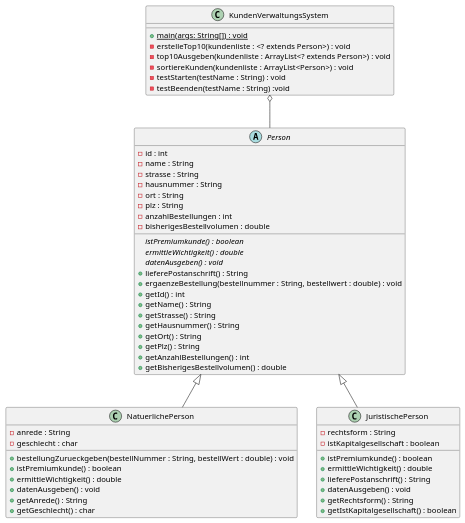
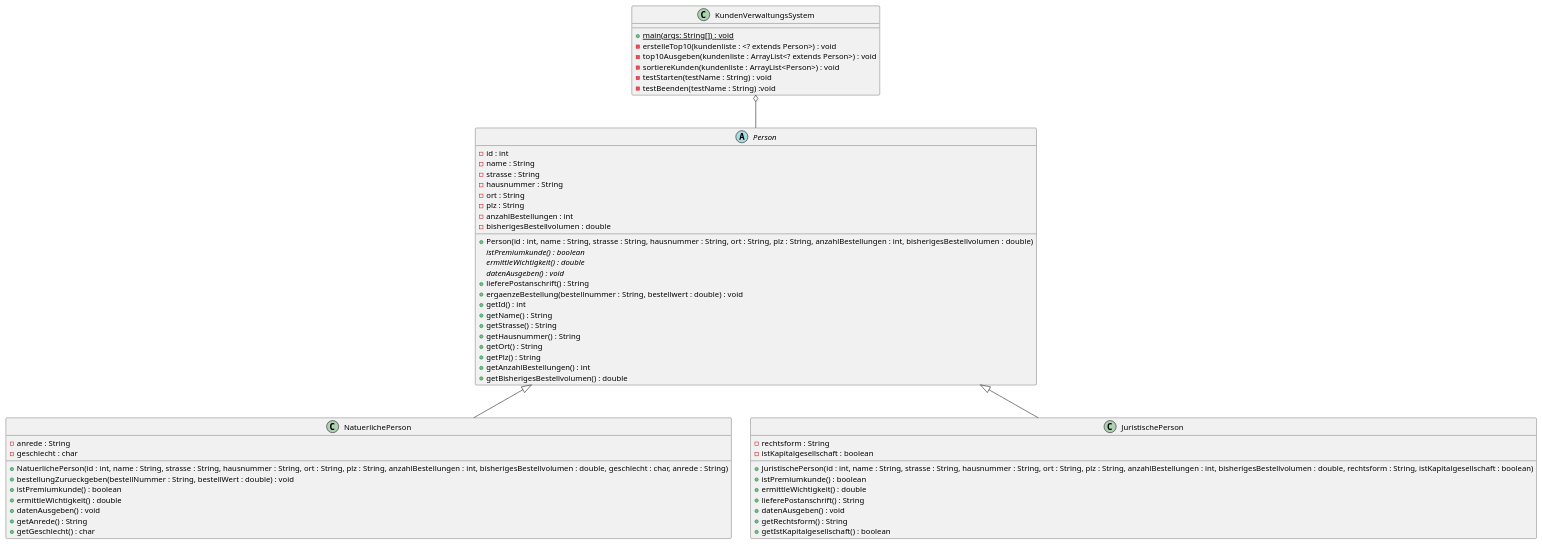
Before and after one commit to gvogelge/kundenverwaltung: the diagram in src/class_diagramm.puml, drawn with PlantUML.

Commit message:
Documentation improvements_2

```diff
--- a/src/class_diagramm.puml
+++ b/src/class_diagramm.puml
@@ -1,60 +1,63 @@
 @startuml kundenverwaltungssystem
 
 abstract class Person{
     - id : int
     - name : String
     - strasse : String
     - hausnummer : String
     - ort : String
     - plz : String
     - anzahlBestellungen : int
     - bisherigesBestellvolumen : double
+    + Person(id : int, name : String, strasse : String, hausnummer : String, ort : String, plz : String, anzahlBestellungen : int, bisherigesBestellvolumen : double)
     {abstract} istPremiumkunde() : boolean
     {abstract} ermittleWichtigkeit() : double
     {abstract} datenAusgeben() : void
     + lieferePostanschrift() : String
     + ergaenzeBestellung(bestellnummer : String, bestellwert : double) : void
     + getId() : int
     + getName() : String
     + getStrasse() : String
     + getHausnummer() : String
     + getOrt() : String
     + getPlz() : String
     + getAnzahlBestellungen() : int
     + getBisherigesBestellvolumen() : double
 }
 
 class NatuerlichePerson extends Person{
     - anrede : String
     - geschlecht : char
+    + NatuerlichePerson(id : int, name : String, strasse : String, hausnummer : String, ort : String, plz : String, anzahlBestellungen : int, bisherigesBestellvolumen : double, geschlecht : char, anrede : String)
     + bestellungZurueckgeben(bestellNummer : String, bestellWert : double) : void
     + istPremiumkunde() : boolean
     + ermittleWichtigkeit() : double
     + datenAusgeben() : void
     + getAnrede() : String
     + getGeschlecht() : char
 }
 
 class JuristischePerson extends Person{
     - rechtsform : String
     - istKapitalgesellschaft : boolean
+    + JuristischePerson(id : int, name : String, strasse : String, hausnummer : String, ort : String, plz : String, anzahlBestellungen : int, bisherigesBestellvolumen : double, rechtsform : String, istKapitalgesellschaft : boolean)
     + istPremiumkunde() : boolean
     + ermittleWichtigkeit() : double
     + lieferePostanschrift() : String
     + datenAusgeben() : void
     + getRechtsform() : String
     + getIstKapitalgesellschaft() : boolean
 }
 
 class KundenVerwaltungsSystem {
     + {static} main(args: String[]) : void
     - erstelleTop10(kundenliste : <? extends Person>) : void
     - top10Ausgeben(kundenliste : ArrayList<? extends Person>) : void
     - sortiereKunden(kundenliste : ArrayList<Person>) : void
     - testStarten(testName : String) : void
     - testBeenden(testName : String) :void
 }
 
 KundenVerwaltungsSystem o-- Person
 
 @enduml
```
